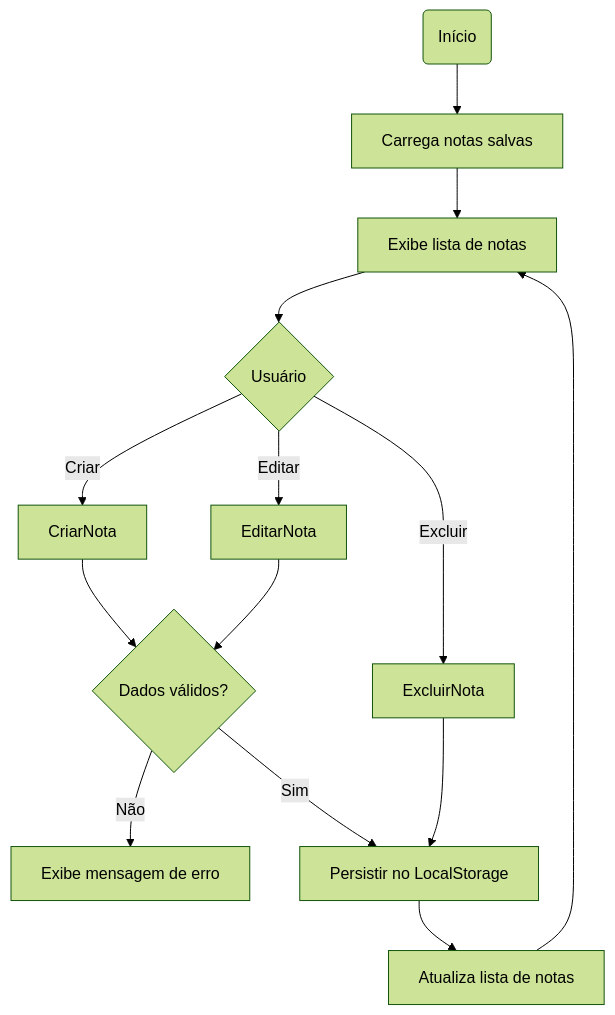
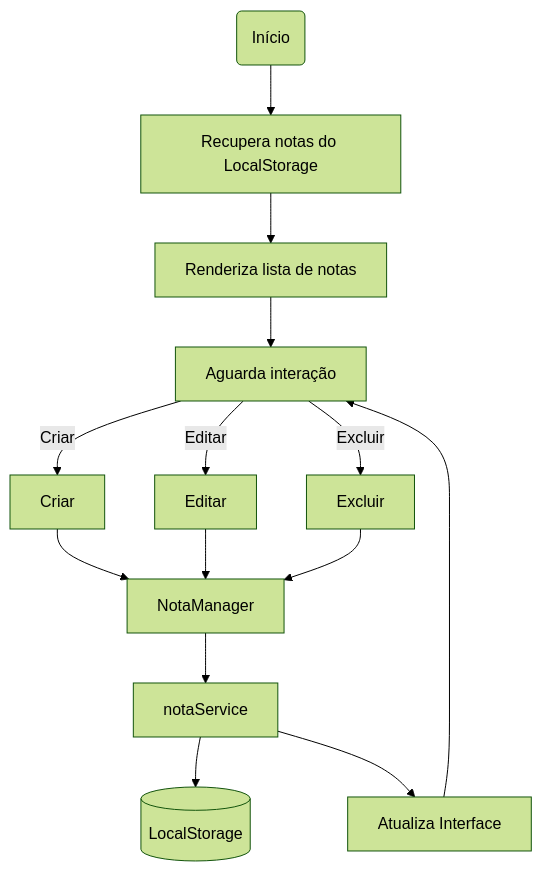
The diagram in docs/analise.md (rafaelvassis/quick-notes), drawn with Mermaid (forest theme) before and after one commit. The commit also changed other lines of this file, not shown here.

Commit message:
atualiza documentação com novos requisitos e responsabilidades, incluindo melhorias na estrutura e fluxo da aplicação devido a revisão de arquitetura do projeto

````diff
--- a/docs/analise.md
+++ b/docs/analise.md
@@ -101,31 +105,30 @@
 ```mermaid
 flowchart TB
 
 Inicio(Início)
-    --> Carregar[Carrega notas salvas]
+    --> Recuperar[Recupera notas do LocalStorage]
 
-Carregar
-    --> Interface[Exibe lista de notas]
+Recuperar
+    --> Renderizar[Renderiza lista de notas]
 
-Interface
-    --> Acao{Usuário}
+Renderizar
+    --> Espera[Aguarda interação]
 
-Acao -->|Criar| CriarNota
-Acao -->|Editar| EditarNota
-Acao -->|Excluir| ExcluirNota
+Espera -->|Criar| Criar
+Espera -->|Editar| Editar
+Espera -->|Excluir| Excluir
 
-CriarNota --> Validar
-EditarNota --> Validar
+Criar --> Manager
+Editar --> Manager
+Excluir --> Manager
 
-Validar{Dados válidos?}
+Manager[NotaManager]
 
-Validar -- Não --> Mensagem[Exibe mensagem de erro]
+Manager --> Persistencia[notaService]
 
-Validar -- Sim --> Salvar[Persistir no LocalStorage]
+Persistencia --> LocalStorage[(LocalStorage)]
 
-ExcluirNota --> Salvar
+Persistencia --> Atualizar[Atualiza Interface]
 
-Salvar --> Atualizar[Atualiza lista de notas]
-
-Atualizar --> Interface
+Atualizar --> Espera
 ```
````
